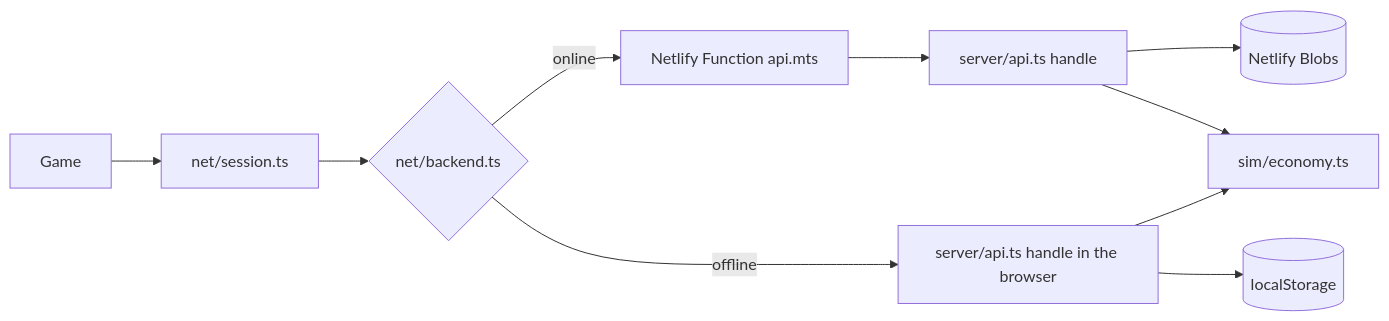
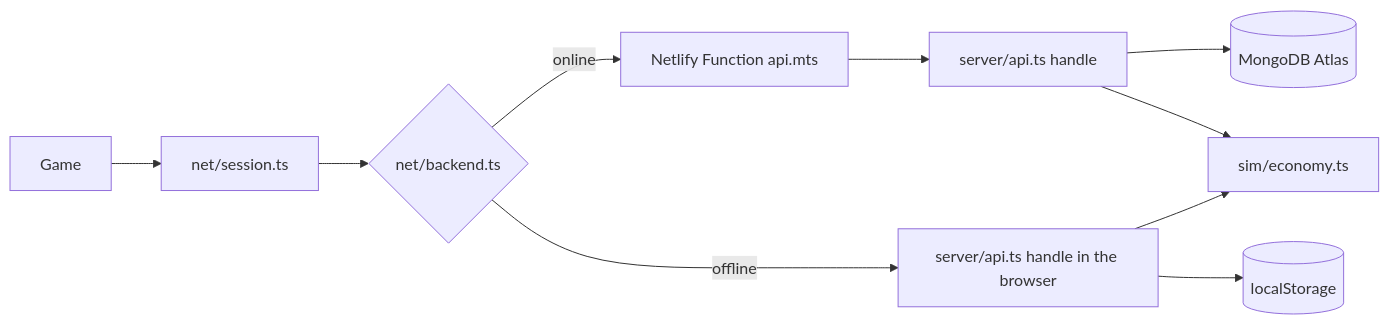
The diagram in .kiro/specs/persistence/design.md (Utsav-Singh-35/ghostlight-isles), drawn with Mermaid before and after one commit. The commit also changed 54 other files, not shown here.

````diff
--- a/.kiro/specs/persistence/design.md
+++ b/.kiro/specs/persistence/design.md
@@ -4,11 +4,11 @@
 ```mermaid
 flowchart LR
   G[Game] --> S[net/session.ts]
   S --> B{net/backend.ts}
   B -->|online| F[Netlify Function api.mts] --> H[server/api.ts handle]
   B -->|offline| H2[server/api.ts handle in the browser]
-  H --> NB[(Netlify Blobs)]
+  H --> NB[(MongoDB Atlas)]
   H2 --> LS[(localStorage)]
   H --> E[sim/economy.ts]
   H2 --> E
 ```
````
